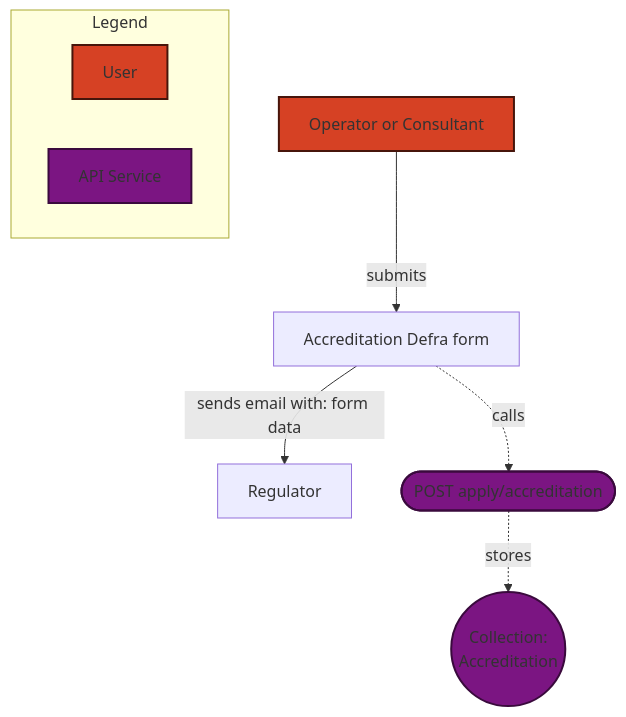
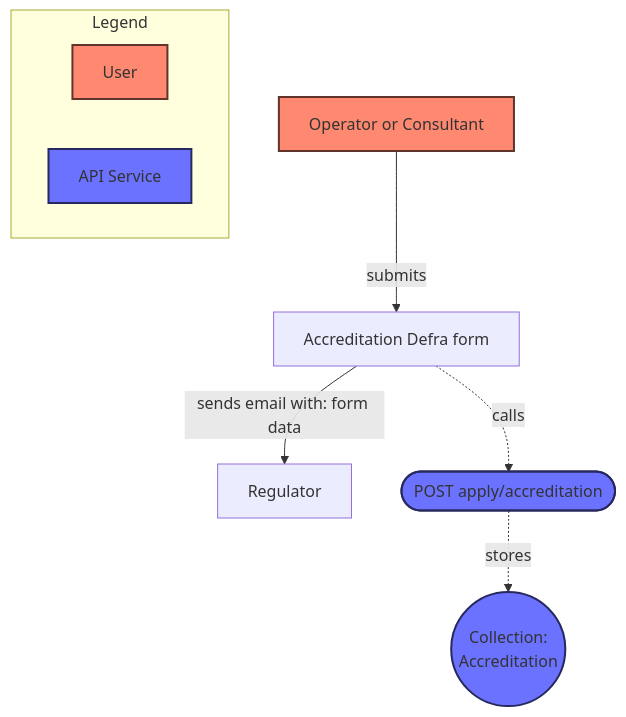
The seventh of 10 diagrams in docs/architecture/discovery/2025-reg-acc-lld.md (DEFRA/epr-backend), drawn with Mermaid before and after one commit. The commit also changed other lines of this file, not shown here.

````diff
--- a/docs/architecture/discovery/2025-reg-acc-lld.md
+++ b/docs/architecture/discovery/2025-reg-acc-lld.md
@@ -170,26 +173,26 @@
 ```mermaid
 flowchart TD;
 
 %% Styles
-classDef user fill:#D64124,stroke:#47150B,stroke-width:2px
-classDef service fill:#7B1582,stroke:#3A0A3D,stroke-width:2px
+classDef user fill:#FF8870,stroke:#5E342B,stroke-width:2px
+classDef service fill:#6B72FF,stroke:#27295E,stroke-width:2px
 
 %% Entities
 operator[Operator or Consultant]
 regulator[Regulator]
 form[Accreditation Defra form]
 endpoint([POST apply/accreditation])
 database((Collection: \n Accreditation))
 
 %% Flow
 operator:::user --submits-->form
 form-.calls.->endpoint:::service
 form--sends email with: form data-->regulator
 endpoint:::service -.stores.->database:::service
 
 %% Legend
 subgraph legend [Legend]
   User:::user
   apiService[API Service]:::service
 end
 ```
````
